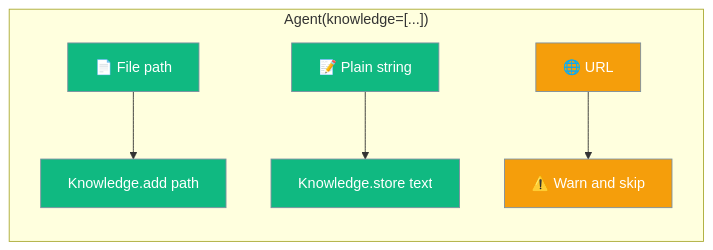
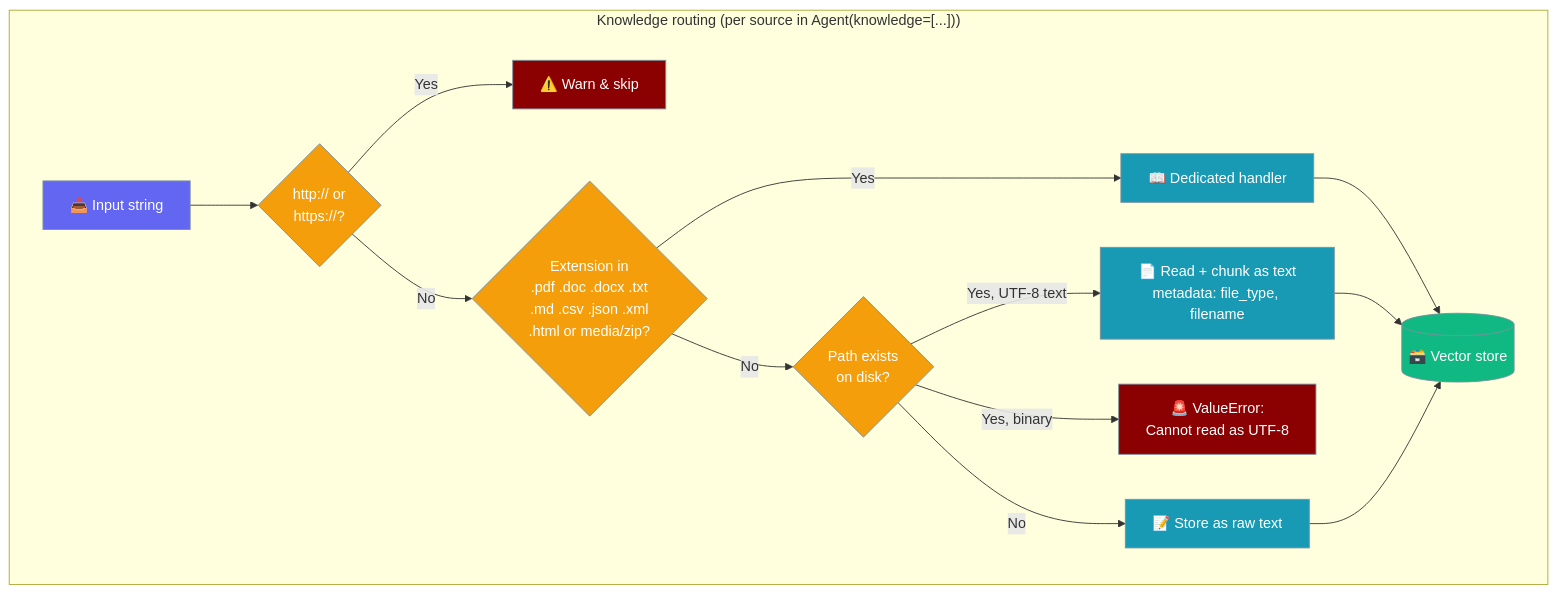
The diagram in docs/features/knowledge-source-types.mdx (MervinPraison/PraisonAIDocs), drawn with Mermaid before and after one commit. The commit also changed other lines of this file and 1 other file, not shown here.

Commit message:
docs: knowledge now indexes any UTF-8 text file (fixes #3804)
Document PraisonAI PR #4788: source code, configs, and suffix-less
files are read and chunked; empty/binary files raise ValueError.

````diff
--- a/docs/features/knowledge-source-types.mdx
+++ b/docs/features/knowledge-source-types.mdx
@@ -21,14 +21,28 @@
 ```mermaid
-graph LR
-    subgraph "Agent(knowledge=[...])"
-        File[📄 File path] --> Add[Knowledge.add path]
-        Text[📝 Plain string] --> Store[Knowledge.store text]
-        URL[🌐 URL] --> Skip[⚠️ Warn and skip]
+graph TB
+    subgraph "Knowledge routing (per source in Agent(knowledge=[...]))"
+        In[📥 Input string] --> IsURL{http:// or<br/>https://?}
+        IsURL -->|Yes| Skip[⚠️ Warn & skip]
+        IsURL -->|No| KnownExt{Extension in<br/>.pdf .doc .docx .txt<br/>.md .csv .json .xml<br/>.html or media/zip?}
+        KnownExt -->|Yes| Handler[📖 Dedicated handler]
+        KnownExt -->|No| Exists{Path exists<br/>on disk?}
+        Exists -->|Yes, UTF-8 text| ReadText[📄 Read + chunk as text<br/>metadata: file_type, filename]
+        Exists -->|Yes, binary| Raise1[🚨 ValueError:<br/>Cannot read as UTF-8]
+        Exists -->|No| RawText[📝 Store as raw text]
+        Handler --> Store[(🗃️ Vector store)]
+        ReadText --> Store
+        RawText --> Store
     end
 
-    classDef ok fill:#10B981,stroke:#7C90A0,color:#fff
-    classDef warn fill:#F59E0B,stroke:#7C90A0,color:#fff
+    classDef in fill:#6366F1,stroke:#7C90A0,color:#fff
+    classDef decision fill:#F59E0B,stroke:#7C90A0,color:#fff
+    classDef process fill:#189AB4,stroke:#7C90A0,color:#fff
+    classDef warn fill:#8B0000,stroke:#7C90A0,color:#fff
+    classDef store fill:#10B981,stroke:#7C90A0,color:#fff
 
-    class File,Text,Add,Store ok
-    class URL,Skip warn
+    class In in
+    class IsURL,KnownExt,Exists decision
+    class Handler,ReadText,RawText process
+    class Skip,Raise1 warn
+    class Store store
 ```
````
